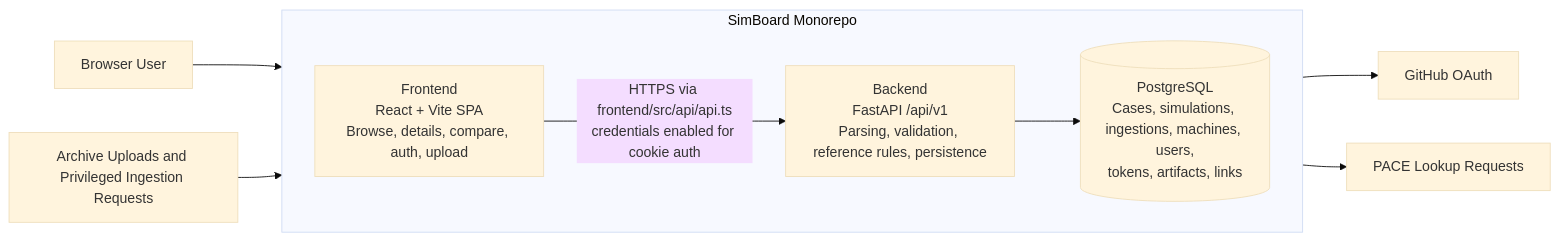
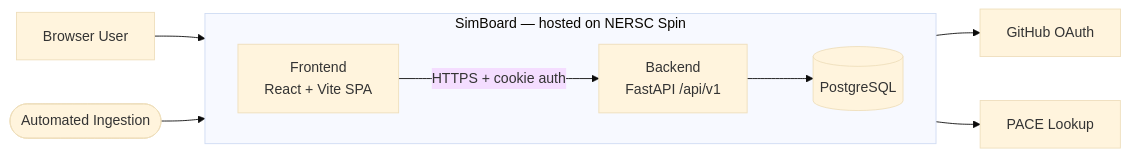
The first of 2 diagrams in docs/developer/README.md (E3SM-Project/simboard), drawn with Mermaid (base theme) before and after one commit. The commit also changed other lines of this file and 4 other files, not shown here.

First line of the commit message:
docs: improve accuracy of architecture and ingestion descriptions

````diff
--- a/docs/developer/README.md
+++ b/docs/developer/README.md
@@ -64,22 +66,22 @@
 ```mermaid
 flowchart LR
   user[Browser User]
-  ingest[Archive Uploads and Privileged Ingestion Requests]
+  ingest([Automated Ingestion])
 
-  subgraph mono[SimBoard Monorepo]
+  subgraph mono[SimBoard — hosted on NERSC Spin]
     direction LR
-    fe[Frontend\nReact + Vite SPA\nBrowse, details, compare, auth, upload]
-    be[Backend\nFastAPI /api/v1\nParsing, validation, reference rules, persistence]
-    db[(PostgreSQL\nCases, simulations, ingestions, machines, users,\ntokens, artifacts, links)]
+    fe[Frontend\nReact + Vite SPA]
+    be[Backend\nFastAPI /api/v1]
+    db[(PostgreSQL)]
   end
 
   gh[GitHub OAuth]
-  pace[PACE Lookup Requests]
+  pace[PACE Lookup]
 
   user --> fe
-  fe -- HTTPS via frontend/src/api/api.ts\ncredentials enabled for cookie auth --> be
+  fe -- HTTPS + cookie auth --> be
   ingest --> be
   be --> db
   be --> gh
   be --> pace
 ```
````
